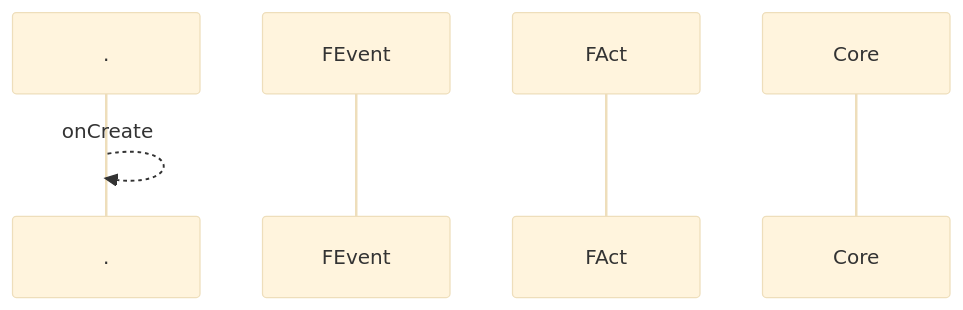
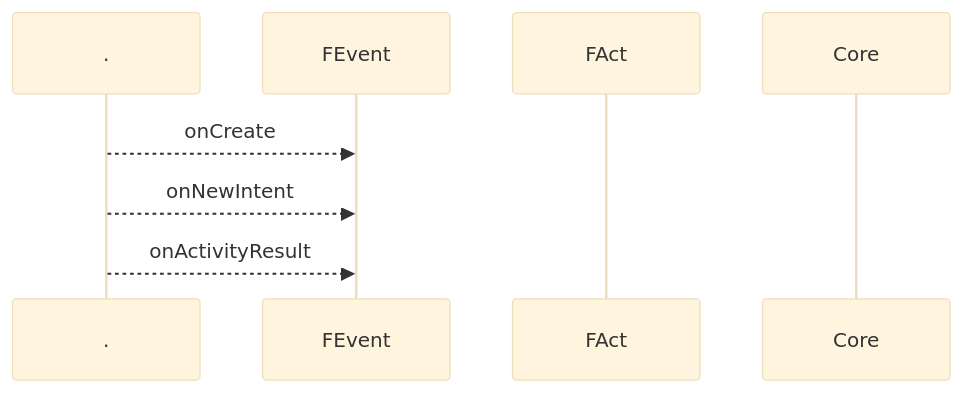
Before and after one commit to gordianknotC/nxp_note: the fourth of 6 diagrams in flutter/android_to_flutter.md, drawn with Mermaid (base theme). The commit also changed other lines of this file, not shown here.

````diff
--- a/flutter/android_to_flutter.md
+++ b/flutter/android_to_flutter.md
@@ -167,10 +167,14 @@
 ```mermaid
 sequenceDiagram
 participant .
 participant FEvent
 participant FAct
 participant Core
 
-. -->> . :onCreate
+. -->> FEvent :onCreate
+
+. -->> FEvent: onNewIntent
+
+. -->> FEvent: onActivityResult
 
 ```
````
